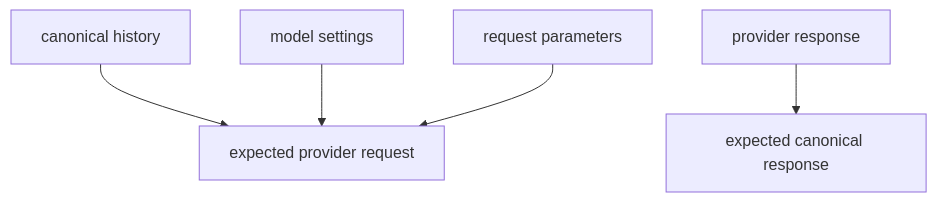
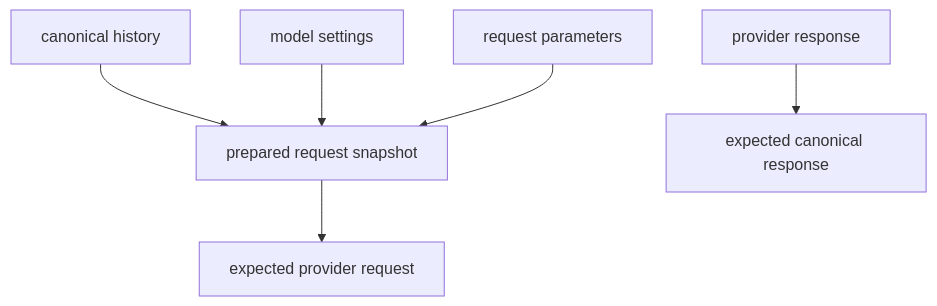
The diagram in spec/core/02-model-provider-replay.md (Wh1isper/starweaver), drawn with Mermaid before and after one commit. The commit also changed other lines of this file and 95 other files, not shown here.

````diff
--- a/spec/core/02-model-provider-replay.md
+++ b/spec/core/02-model-provider-replay.md
@@ -49,14 +78,16 @@
 ```mermaid
 flowchart TD
     history[canonical history]
     settings[model settings]
     params[request parameters]
+    prepared[prepared request snapshot]
     provider_request[expected provider request]
     provider_response[provider response]
     canonical_response[expected canonical response]
 
-    history --> provider_request
-    settings --> provider_request
-    params --> provider_request
+    history --> prepared
+    settings --> prepared
+    params --> prepared
+    prepared --> provider_request
     provider_response --> canonical_response
 ```
````
